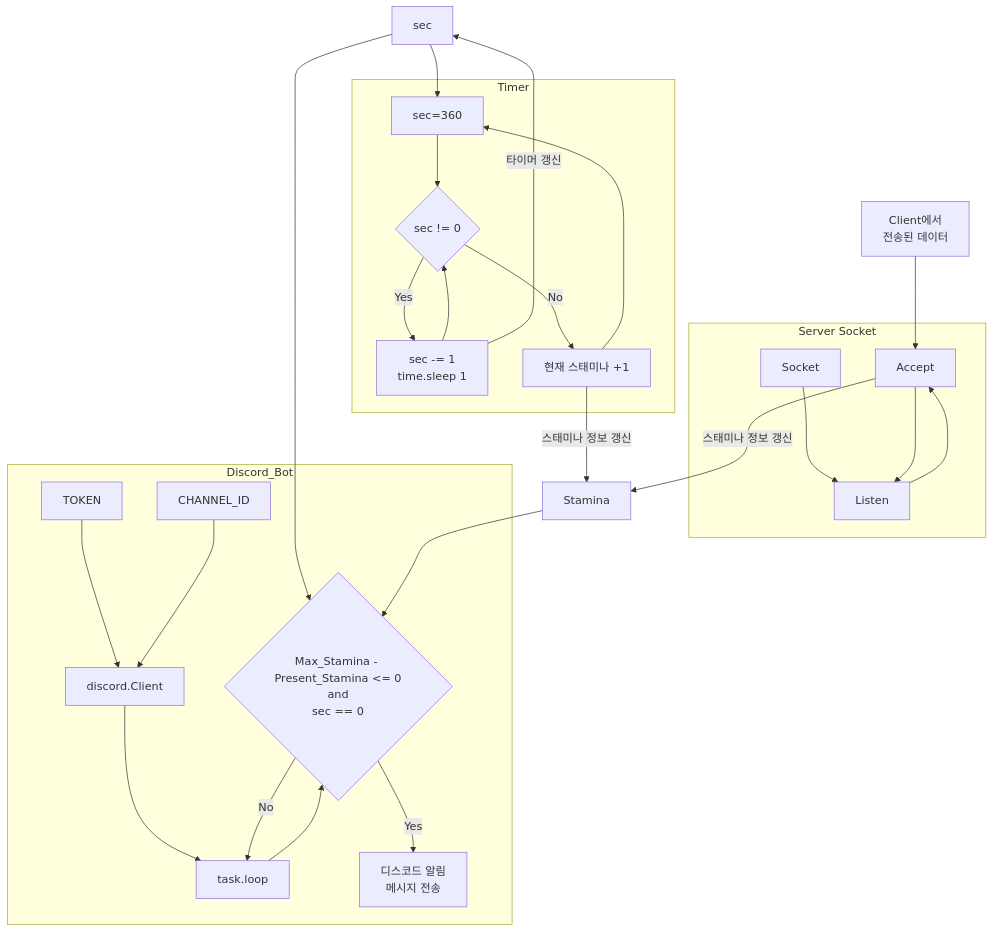
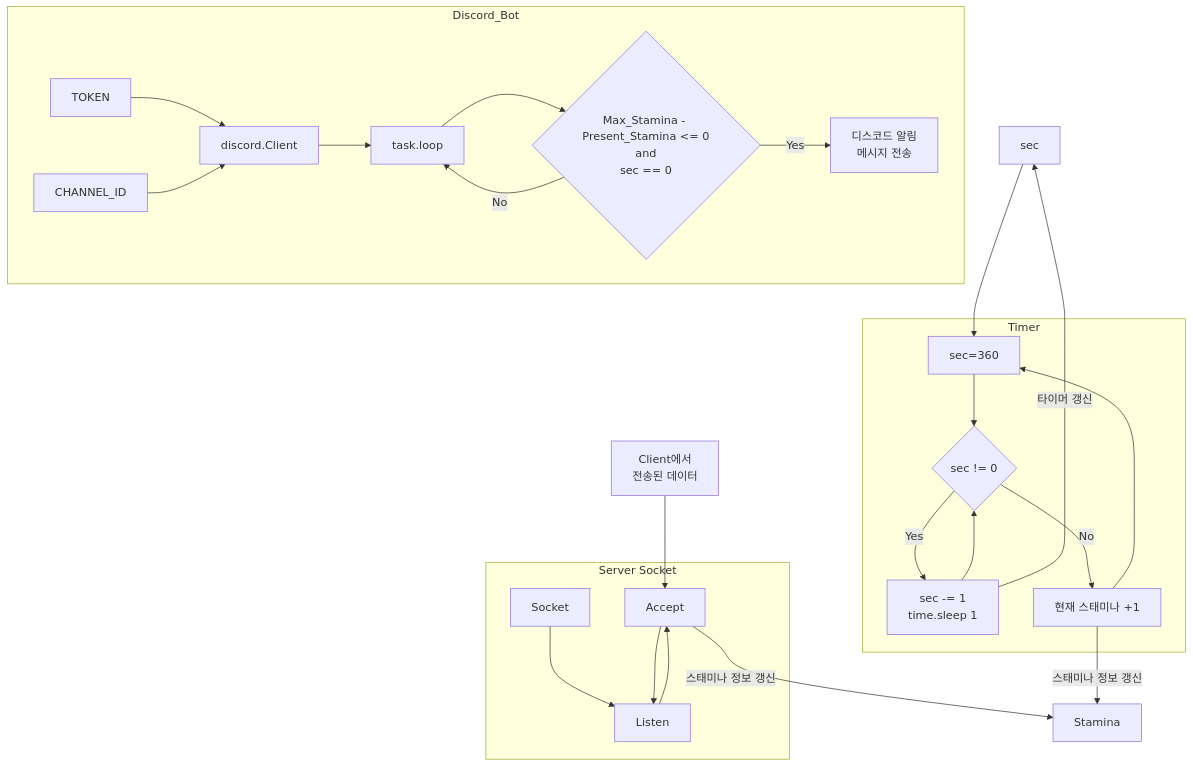
Before and after one commit to 201710808/Game-Stamina-Alarm: the third of 3 diagrams in README.md, drawn with Mermaid.

````diff
--- a/README.md
+++ b/README.md
@@ -55,34 +55,32 @@
 ```mermaid
 graph TB;
     data[Client에서\n전송된 데이터]-->Accept;
 
     subgraph Server Socket;
     Socket-->Listen;
     Listen-->Accept;
     end;
     Accept-->|스태미나 정보 갱신|Stamina;
     Accept-->Listen;
 
     sec-->sec360;
     subgraph Timer;
     sec360[sec=360]-->condition{sec != 0};
     condition-->|"Yes"|process_time[sec -= 1\ntime.sleep 1];
     process_time-->condition;
     condition-->|"No"|sync_stamina[현재 스태미나 +1];
     sync_stamina-->sec360;
     end;
 
     process_time-->|"타이머 갱신"|sec;
     sync_stamina-->|스태미나 정보 갱신|Stamina;
-    sec-->discord_condition;
 
     subgraph Discord_Bot;
     TOKEN-->Client[discord.Client];
     CHANNEL_ID-->Client;
     Client-->task.loop;
     task.loop-->discord_condition{Max_Stamina - Present_Stamina <= 0\nand\nsec == 0};
     discord_condition-->|"Yes"|discord_message[디스코드 알림\n메시지 전송]
     discord_condition-->|"No"|task.loop;
     end;
-    Stamina-->discord_condition;
 ```
````
